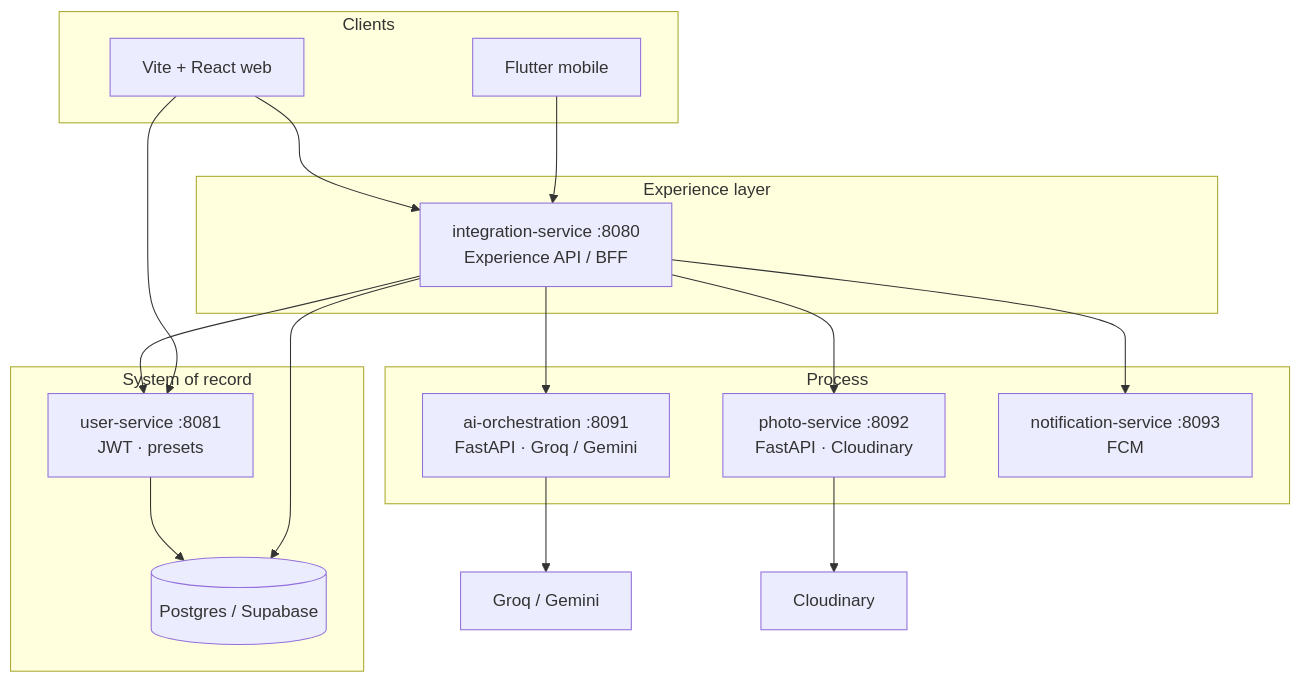
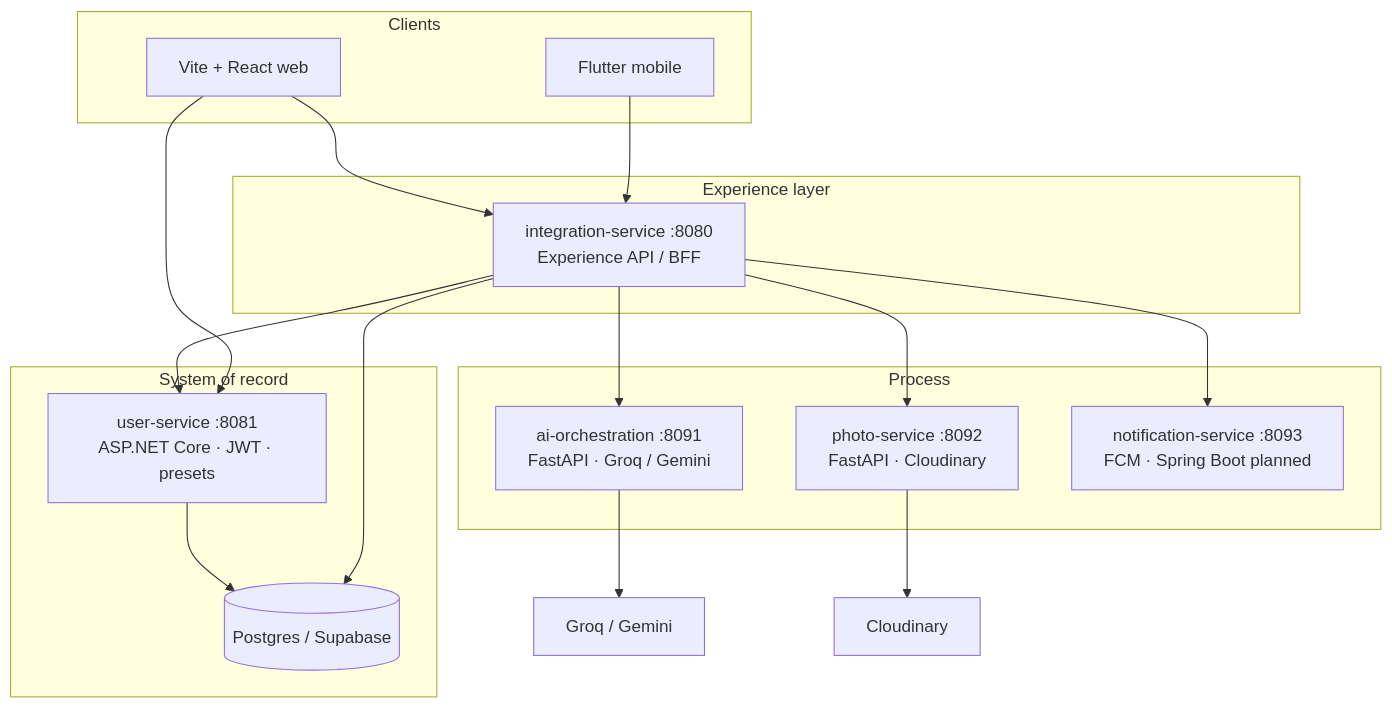
Before and after one commit to sharebridge/sharebridge: the diagram in design/SharingBridge_Technical_Architecture.md, drawn with Mermaid. The commit also changed other lines of this file and 16 other files, not shown here.

First line of the commit message:
Docs: DB pool/retry standard, C# user-service layout, drop legacy-node refs.

````diff
--- a/design/SharingBridge_Technical_Architecture.md
+++ b/design/SharingBridge_Technical_Architecture.md
@@ -28,34 +28,34 @@
 ```mermaid
 flowchart TB
   subgraph clients["Clients"]
     M[Flutter mobile]
     W[Vite + React web]
   end
 
   subgraph experience["Experience layer"]
     INT["integration-service :8080\nExperience API / BFF"]
   end
 
   subgraph process["Process"]
     AI["ai-orchestration :8091\nFastAPI · Groq / Gemini"]
     PHO["photo-service :8092\nFastAPI · Cloudinary"]
-    NOT["notification-service :8093\nFCM"]
+    NOT["notification-service :8093\nFCM · Spring Boot planned"]
   end
 
   subgraph system["System of record"]
-    USR["user-service :8081\nJWT · presets"]
+    USR["user-service :8081\nASP.NET Core · JWT · presets"]
     PG[(Postgres / Supabase)]
   end
 
   M --> INT
   W --> INT
   W --> USR
   INT --> USR
   INT --> AI
   INT --> PG
   INT --> NOT
   INT --> PHO
   AI --> EXT["Groq / Gemini"]
   USR --> PG
   PHO --> CLOUD["Cloudinary"]
 ```
````
